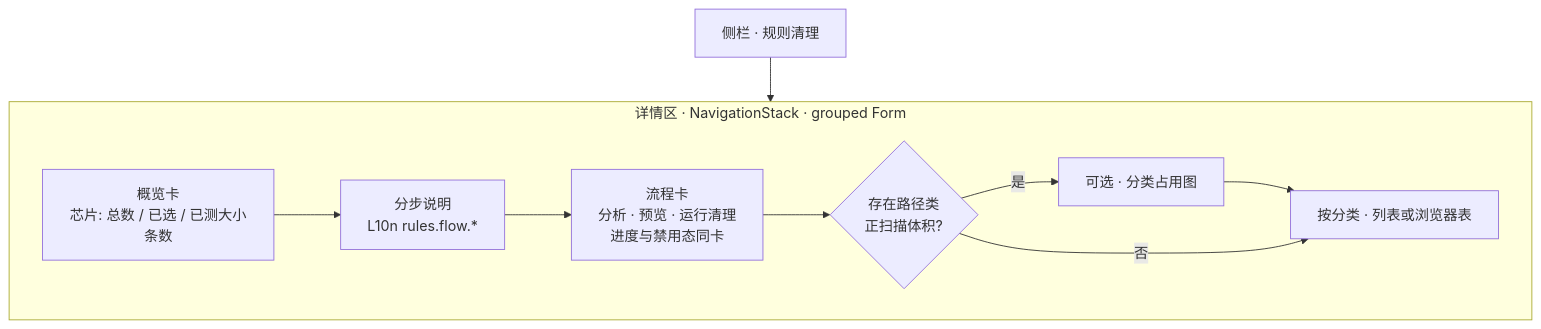
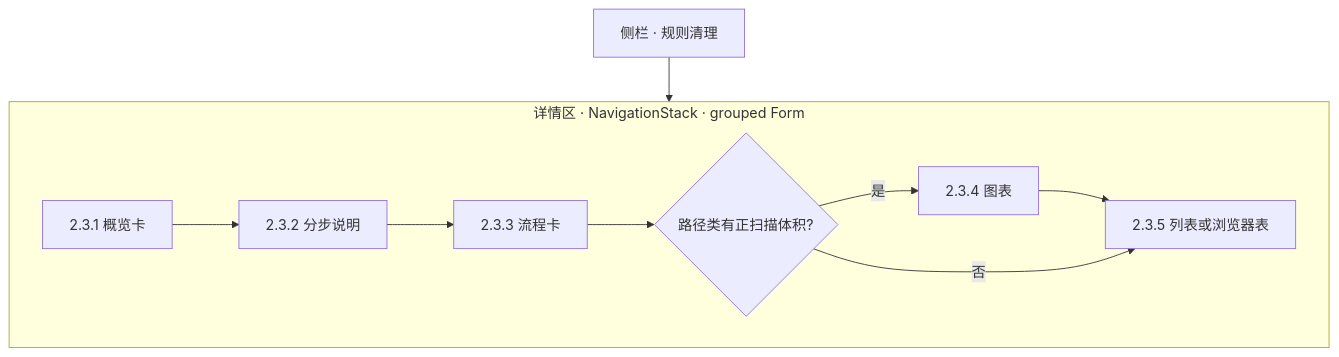
One commit to luban-ws/jiuying-cleaning changed the first of 2 diagrams in docs/rfc/010-rules-workspace-ui-hig-and-collaboration.md. Above: the diagram before and after it, drawn with Mermaid. The commit also changed other lines of this file and 43 other files, not shown here.

````diff
--- a/docs/rfc/010-rules-workspace-ui-hig-and-collaboration.md
+++ b/docs/rfc/010-rules-workspace-ui-hig-and-collaboration.md
@@ -59,15 +211,15 @@
 ```mermaid
 flowchart TD
   subgraph Detail["详情区 · NavigationStack · grouped Form"]
-    O[概览卡\n芯片: 总数 / 已选 / 已测大小条数]
-    F[分步说明\nL10n rules.flow.*]
-    W[流程卡\n分析 · 预览 · 运行清理\n进度与禁用态同卡]
-    C{存在路径类\n正扫描体积?}
-    G[可选 · 分类占用图]
-    L[按分类 · 列表或浏览器表]
+    O[2.3.1 概览卡]
+    F[2.3.2 分步说明]
+    W[2.3.3 流程卡]
+    C{路径类有正扫描体积?}
+    G[2.3.4 图表]
+    L[2.3.5 列表或浏览器表]
     O --> F --> W --> C
     C -->|是| G --> L
     C -->|否| L
   end
   S[侧栏 · 规则清理] --> Detail
 ```
````
